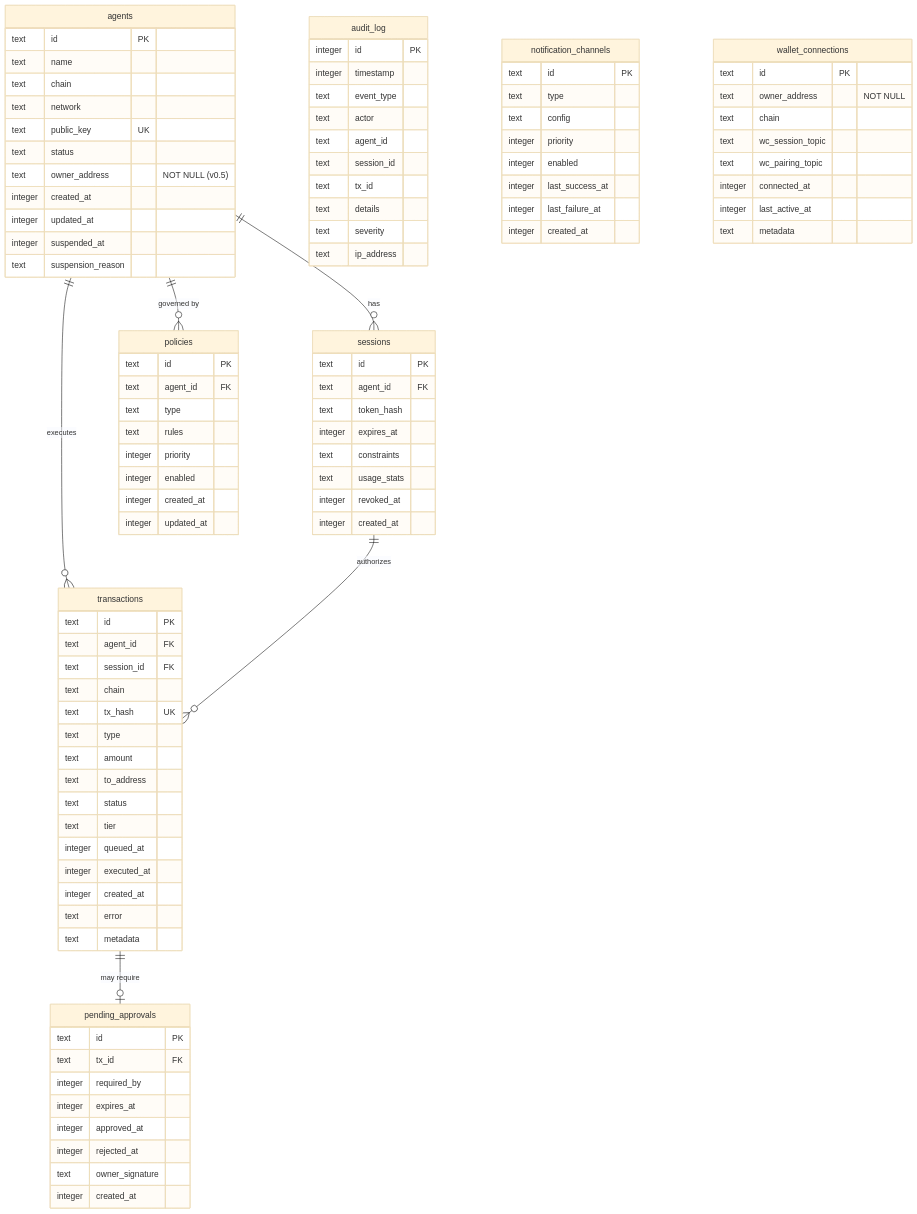
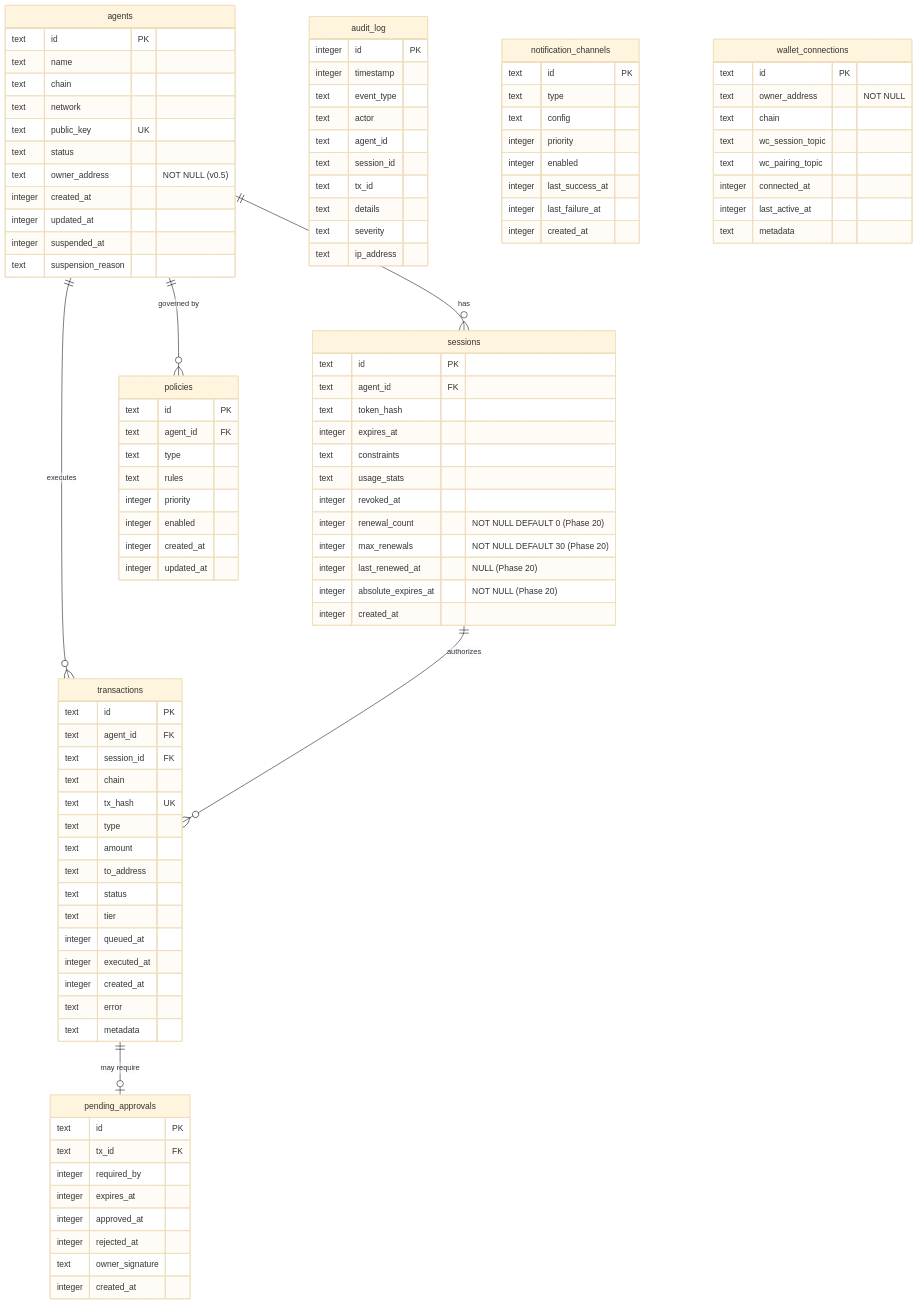
The diagram in .planning/deliverables/25-sqlite-schema.md (minhoyoo-iotrust/WAIaaS), drawn with Mermaid (base theme) before and after one commit. The commit also changed other lines of this file, not shown here.

```diff
--- a/.planning/deliverables/25-sqlite-schema.md
+++ b/.planning/deliverables/25-sqlite-schema.md
@@ -782,6 +797,10 @@
         text constraints
         text usage_stats
         integer revoked_at
+        integer renewal_count "NOT NULL DEFAULT 0 (Phase 20)"
+        integer max_renewals "NOT NULL DEFAULT 30 (Phase 20)"
+        integer last_renewed_at "NULL (Phase 20)"
+        integer absolute_expires_at "NOT NULL (Phase 20)"
         integer created_at
     }
 
```
